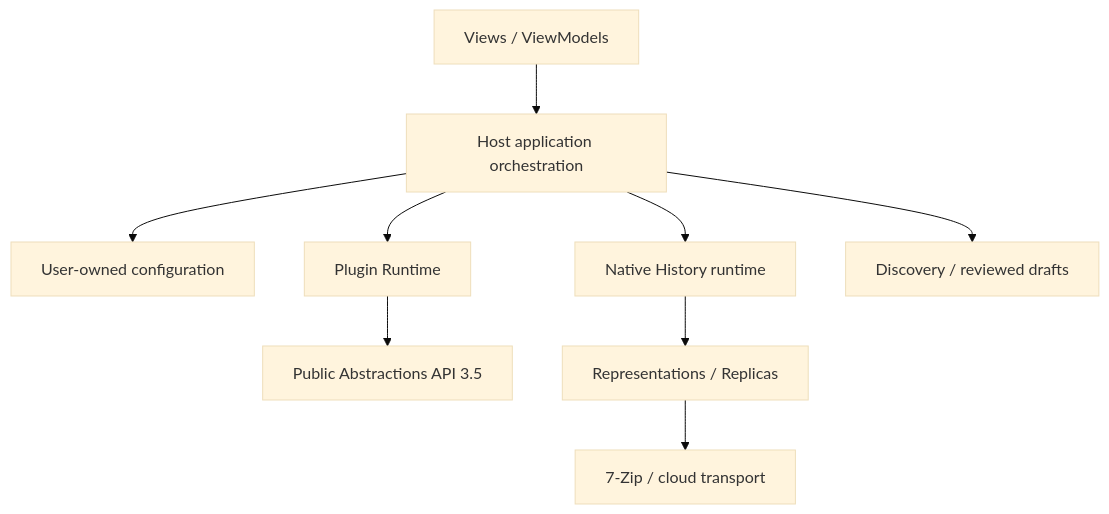
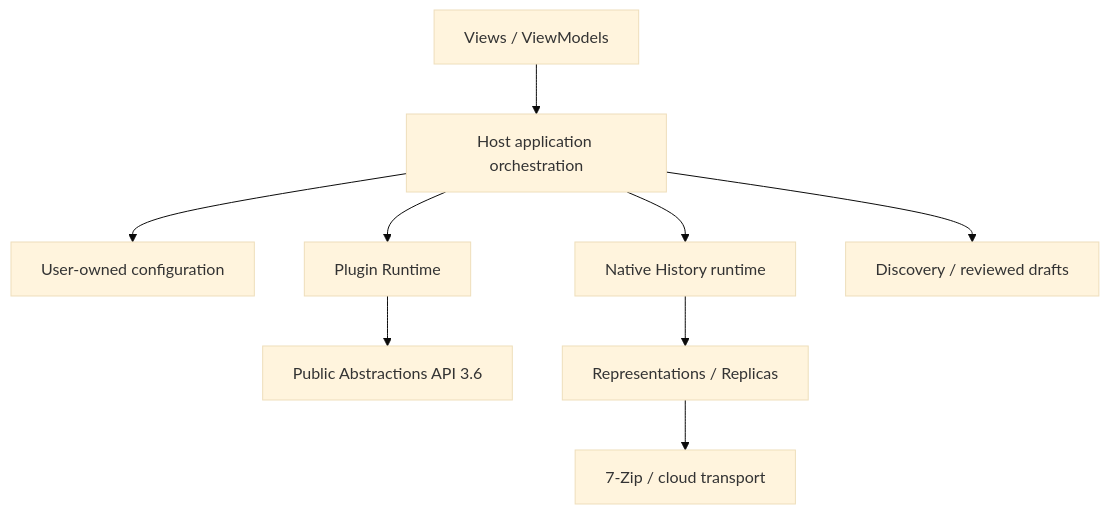
The diagram in docs/architecture/index.md (Leafuke/FolderRewind-Site), drawn with Mermaid (base theme) before and after one commit. The commit also changed other lines of this file and 48 other files, not shown here.

````diff
--- a/docs/architecture/index.md
+++ b/docs/architecture/index.md
@@ -12,11 +12,11 @@
 ```mermaid
 flowchart TD
   V[Views / ViewModels] --> H[Host application orchestration]
   H --> C[User-owned configuration]
   H --> N[Native History runtime]
   H --> P[Plugin Runtime]
-  P --> A[Public Abstractions API 3.5]
+  P --> A[Public Abstractions API 3.6]
   N --> R[Representations / Replicas]
   R --> Z[7-Zip / cloud transport]
   H --> D[Discovery / reviewed drafts]
 ```
````
